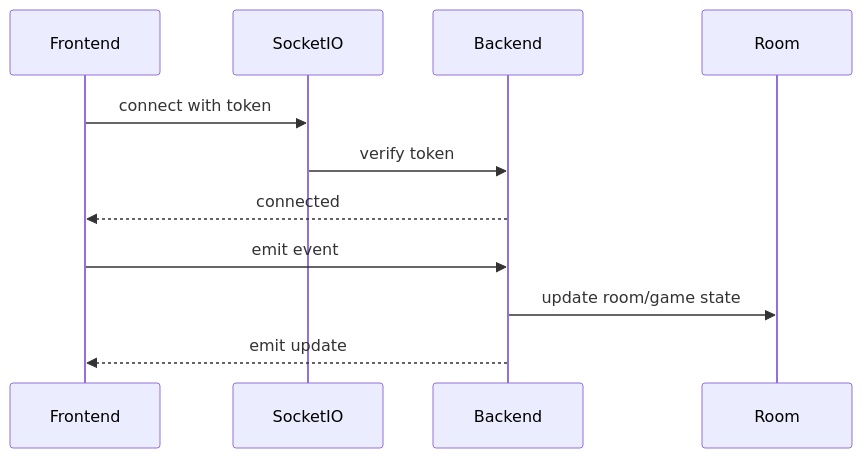
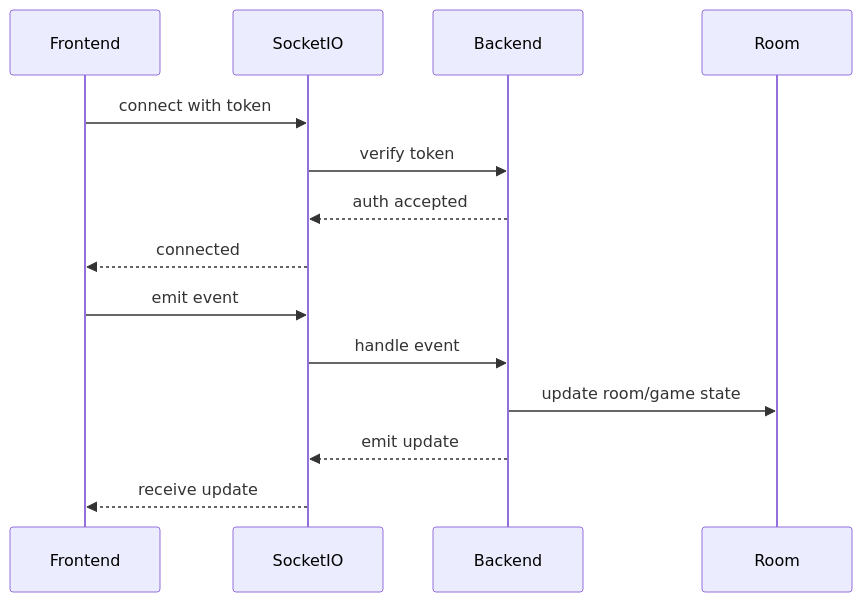
Before and after one commit to Nanborg/ft_transcendence: the diagram in docs/modules/realtime-websocket.md, drawn with Mermaid. The commit also changed other lines of this file and 5 other files, not shown here.

````diff
--- a/docs/modules/realtime-websocket.md
+++ b/docs/modules/realtime-websocket.md
@@ -38,13 +40,16 @@
 ```mermaid
 sequenceDiagram
   participant Frontend
   participant SocketIO
   participant Backend
   participant Room
   Frontend->>SocketIO: connect with token
   SocketIO->>Backend: verify token
-  Backend-->>Frontend: connected
-  Frontend->>Backend: emit event
+  Backend-->>SocketIO: auth accepted
+  SocketIO-->>Frontend: connected
+  Frontend->>SocketIO: emit event
+  SocketIO->>Backend: handle event
   Backend->>Room: update room/game state
-  Backend-->>Frontend: emit update
+  Backend-->>SocketIO: emit update
+  SocketIO-->>Frontend: receive update
 ```
````
